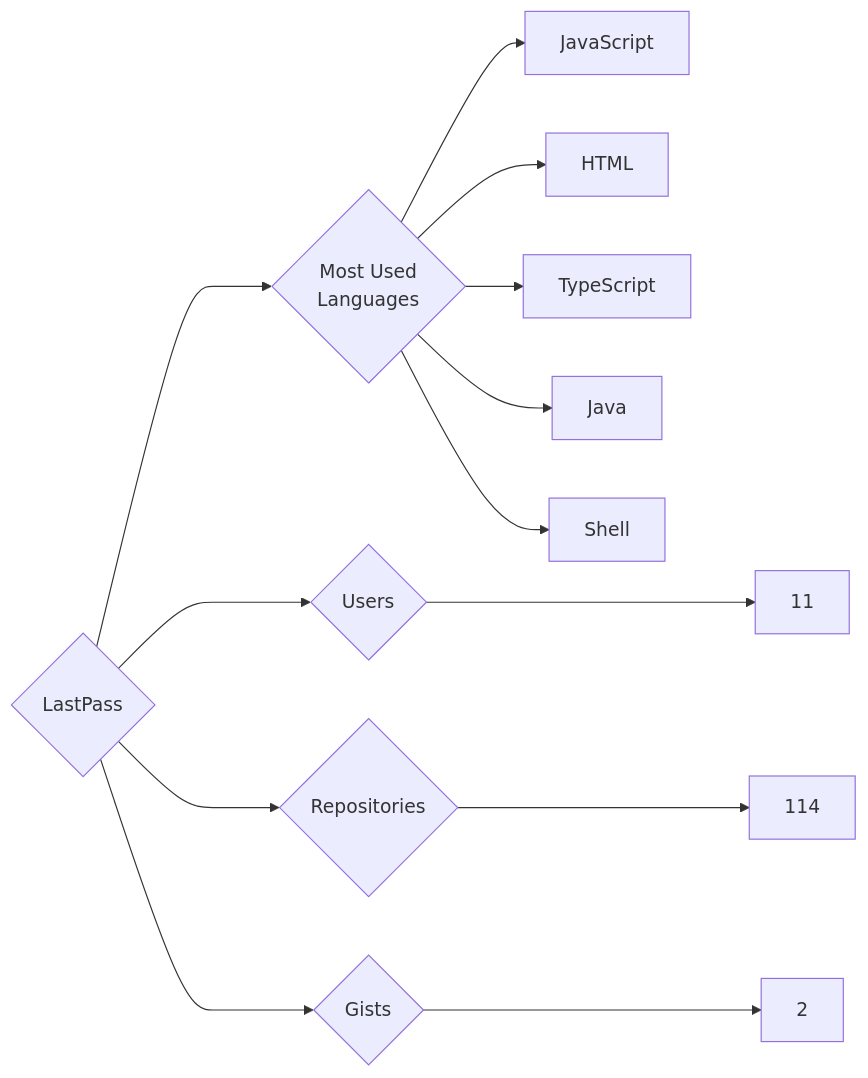
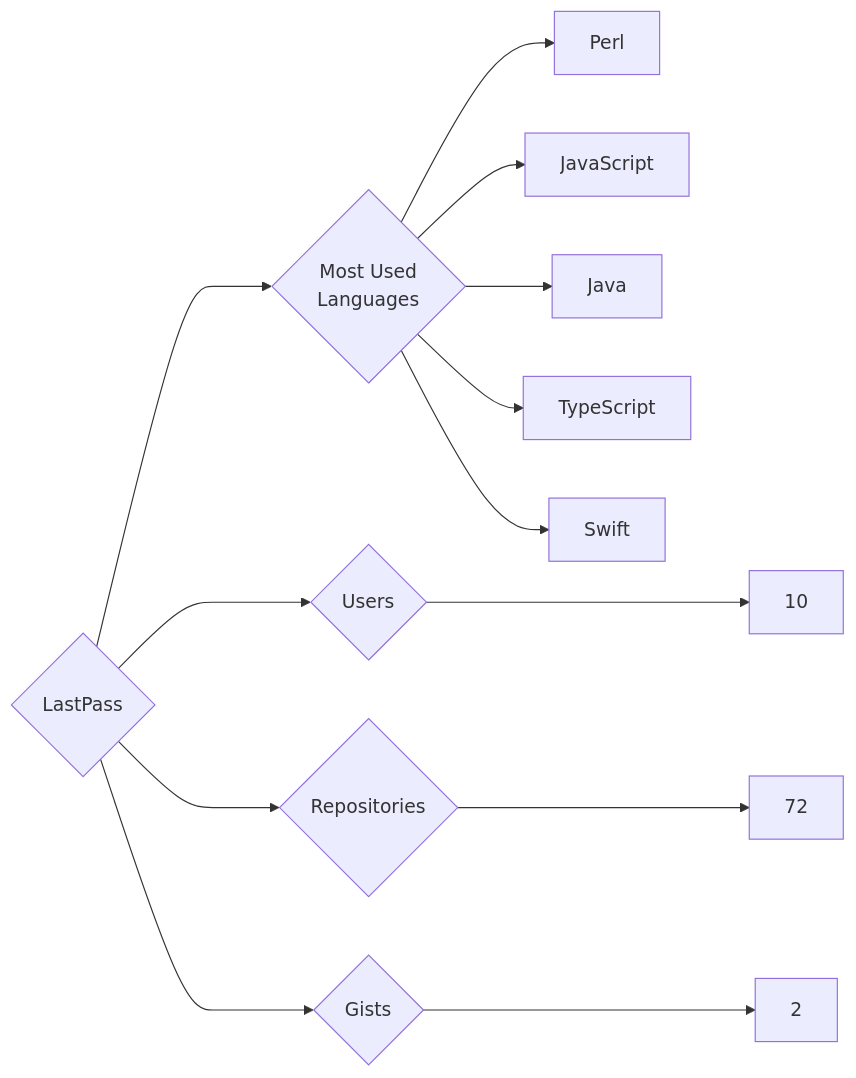
The diagram in targets/LastPass/README.md (trickest/insiders), drawn with Mermaid before and after one commit. The commit also changed 736 other files, not shown here.

````diff
--- a/targets/LastPass/README.md
+++ b/targets/LastPass/README.md
@@ -3,13 +3,13 @@
 ```mermaid
 graph LR
 COMPANY_NAME{LastPass}
-COMPANY_NAME ---> U{Users} ---> UN[11]
-COMPANY_NAME ---> R{Repositories} ---> RN[114]
+COMPANY_NAME ---> U{Users} ---> UN[10]
+COMPANY_NAME ---> R{Repositories} ---> RN[72]
 COMPANY_NAME ---> G{Gists} ---> GN[2]
 COMPANY_NAME ---> ML{Most Used<br>Languages}
+ML --> Perl[Perl]
 ML --> JavaScript[JavaScript]
-ML --> HTML[HTML]
+ML --> Java[Java]
 ML --> TypeScript[TypeScript]
-ML --> Java[Java]
-ML --> Shell[Shell]
+ML --> Swift[Swift]
 ```
````
